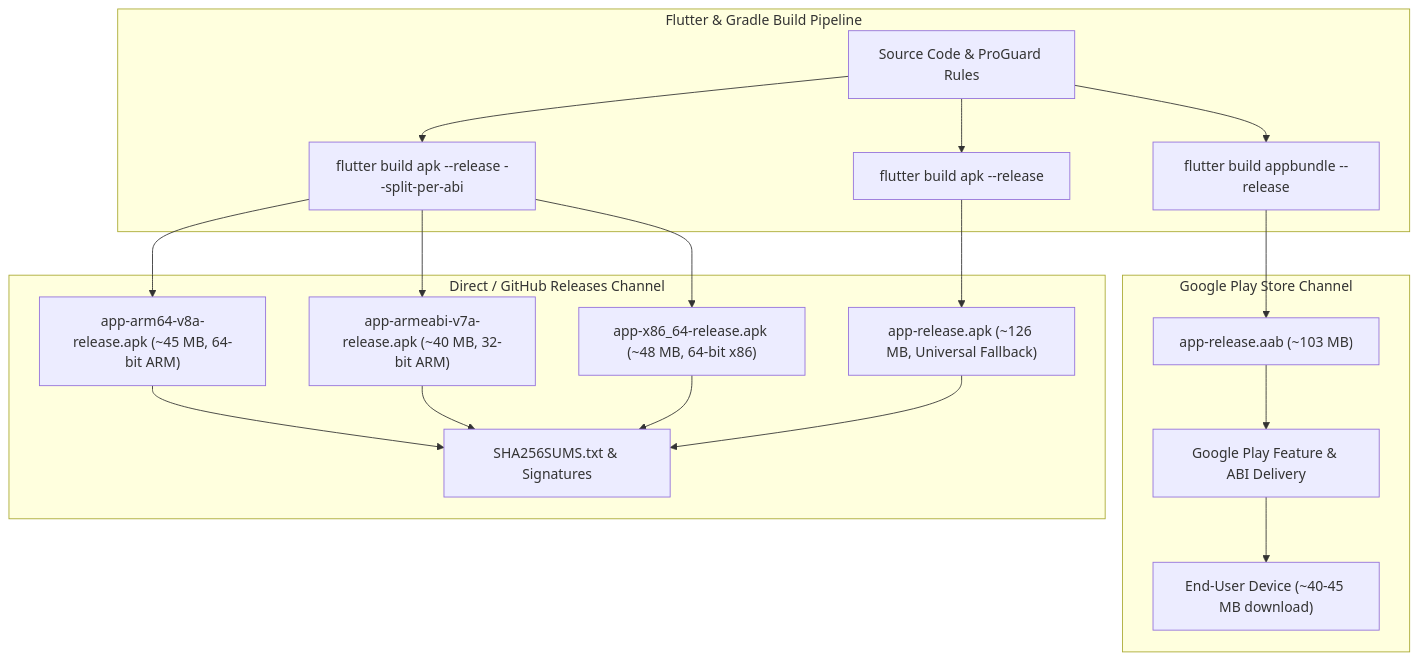
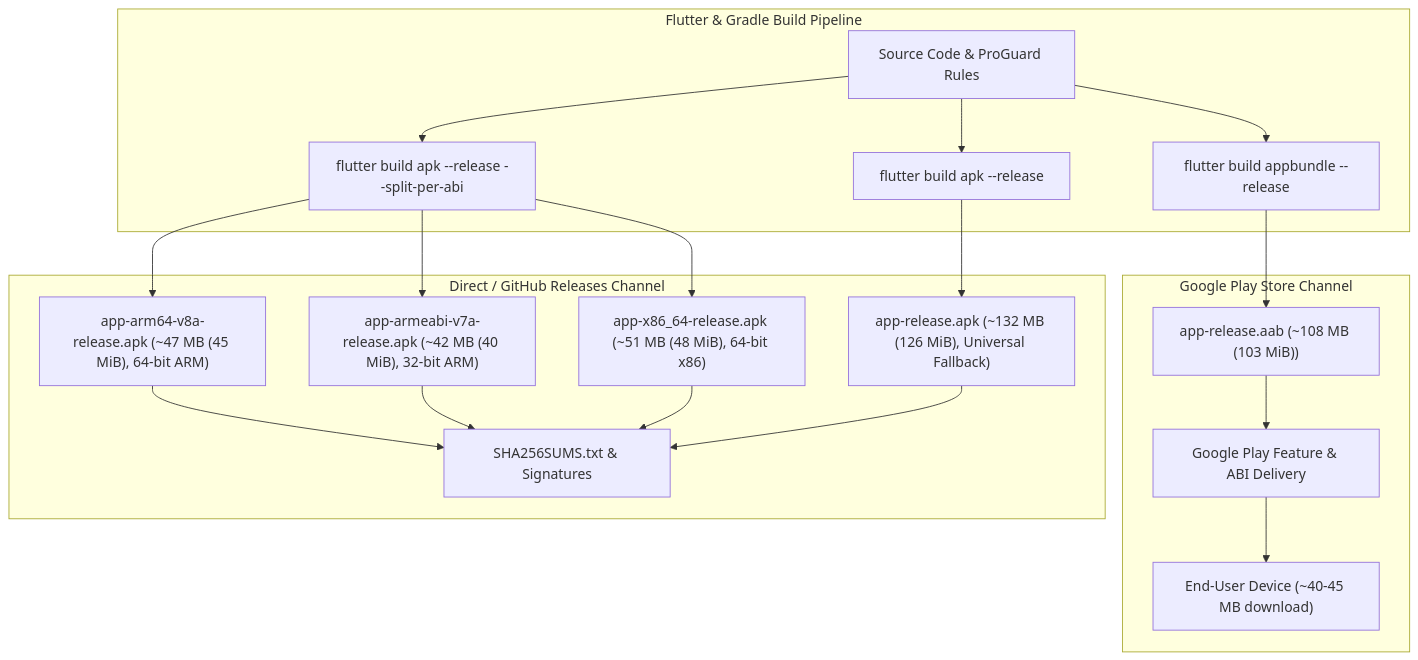
The sixth of 7 diagrams in AI_ROLES/ARCHITECTURE.md (Ajorvpn/brick), drawn with Mermaid before and after one commit. The commit also changed other lines of this file and 31 other files, not shown here.

````diff
--- a/AI_ROLES/ARCHITECTURE.md
+++ b/AI_ROLES/ARCHITECTURE.md
@@ -1768,29 +1771,29 @@
 ```mermaid
 flowchart TD
     subgraph Build["Flutter & Gradle Build Pipeline"]
         Source["Source Code & ProGuard Rules"]
         BuildAAB["flutter build appbundle --release"]
         BuildSplit["flutter build apk --release --split-per-abi"]
         BuildFat["flutter build apk --release"]
     end
 
     subgraph Store["Google Play Store Channel"]
-        AAB["app-release.aab (~103 MB)"]
+        AAB["app-release.aab (~108 MB (103 MiB))"]
         PlayDynamic["Google Play Feature & ABI Delivery"]
         UserPlay["End-User Device (~40-45 MB download)"]
         AAB --> PlayDynamic --> UserPlay
     end
 
     subgraph Direct["Direct / GitHub Releases Channel"]
-        ARM64["app-arm64-v8a-release.apk (~45 MB, 64-bit ARM)"]
-        ARM32["app-armeabi-v7a-release.apk (~40 MB, 32-bit ARM)"]
-        X86_64["app-x86_64-release.apk (~48 MB, 64-bit x86)"]
-        FAT["app-release.apk (~126 MB, Universal Fallback)"]
+        ARM64["app-arm64-v8a-release.apk (~47 MB (45 MiB), 64-bit ARM)"]
+        ARM32["app-armeabi-v7a-release.apk (~42 MB (40 MiB), 32-bit ARM)"]
+        X86_64["app-x86_64-release.apk (~51 MB (48 MiB), 64-bit x86)"]
+        FAT["app-release.apk (~132 MB (126 MiB), Universal Fallback)"]
         Checksums["SHA256SUMS.txt & Signatures"]
     end
 
     Source --> BuildAAB --> AAB
     Source --> BuildSplit --> ARM64 & ARM32 & X86_64
     Source --> BuildFat --> FAT
     ARM64 & ARM32 & X86_64 & FAT --> Checksums
 ```
````
